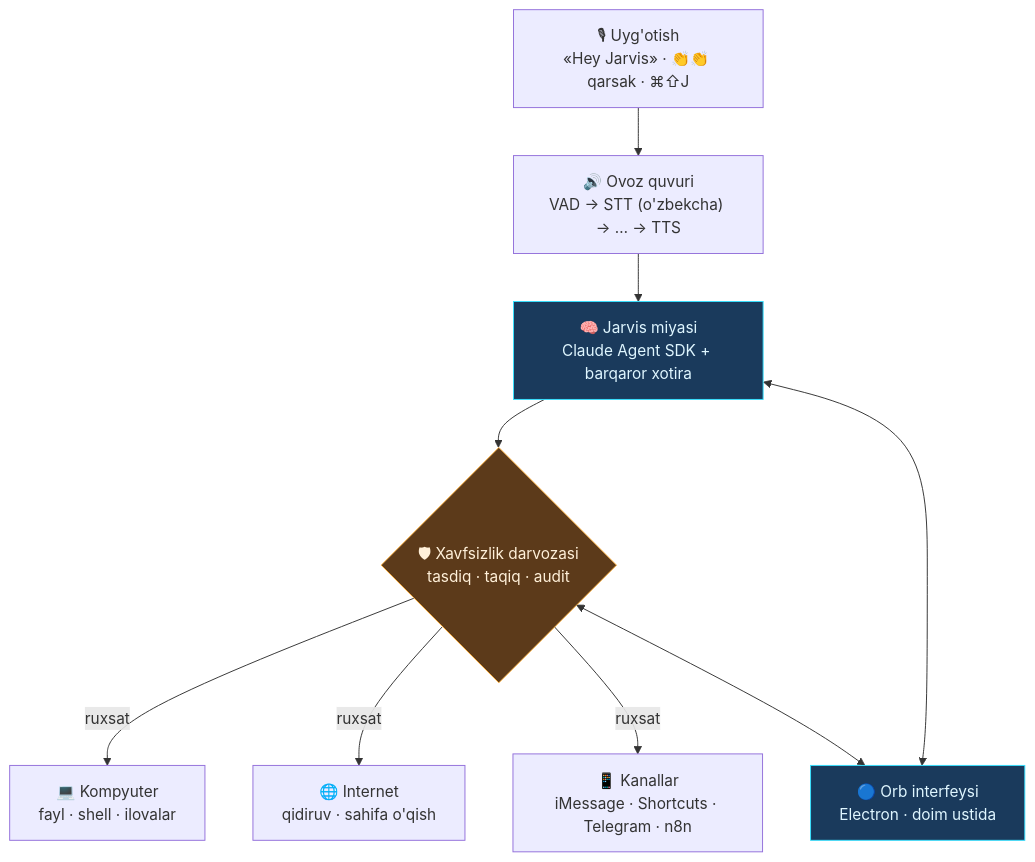
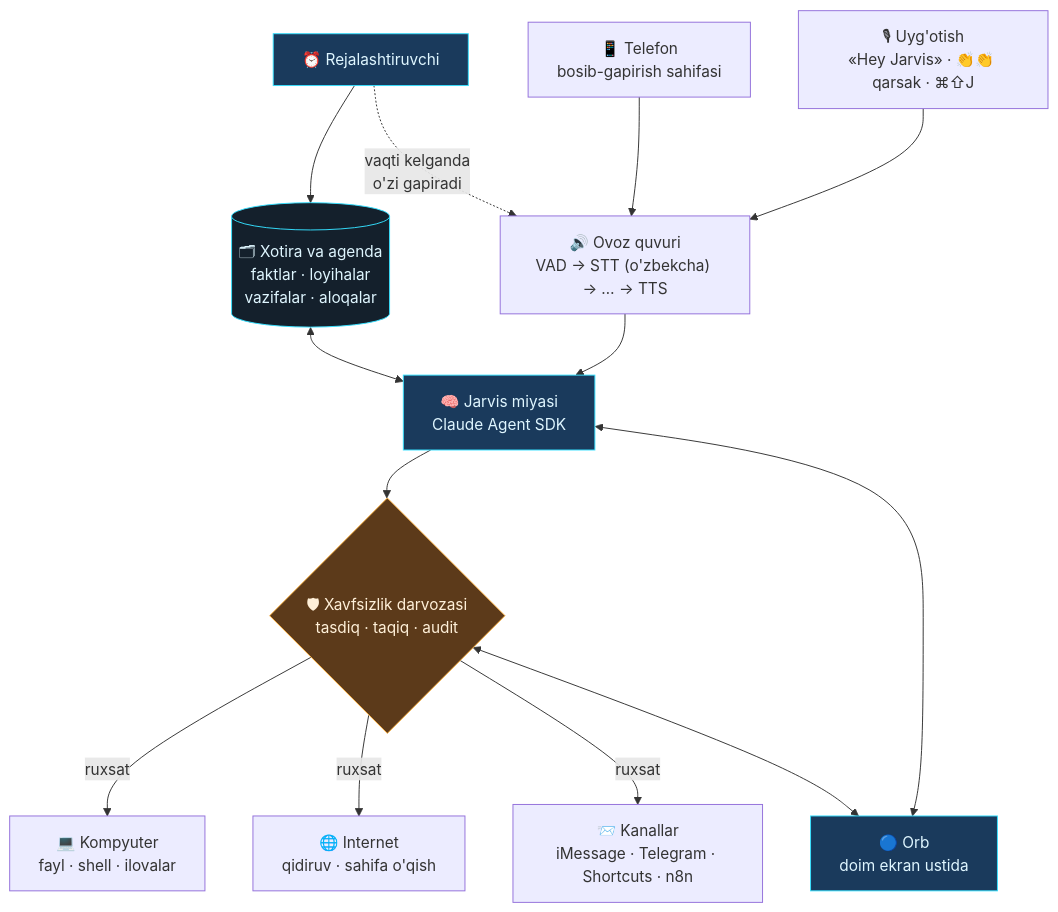
Before and after one commit to kamolbeek/jarvis-assistant: the diagram in README.md, drawn with Mermaid. The commit also changed other lines of this file and 11 other files, not shown here.

First line of the commit message:
Jarvis: to'liq yordamchi — agenda, proaktiv eslatmalar, telefon ko'prigi

````diff
--- a/README.md
+++ b/README.md
@@ -9,21 +9,28 @@
 ```mermaid
 flowchart TD
     A["🎙 Uyg'otish<br/>«Hey Jarvis» · 👏👏 qarsak · ⌘⇧J"] --> B
+    P["📱 Telefon<br/>bosib-gapirish sahifasi"] --> B
 
     B["🔊 Ovoz quvuri<br/>VAD → STT (o'zbekcha) → … → TTS"] --> C
 
-    C["🧠 Jarvis miyasi<br/>Claude Agent SDK + barqaror xotira"] --> D
+    C["🧠 Jarvis miyasi<br/>Claude Agent SDK"] --> D
 
     D{"🛡 Xavfsizlik darvozasi<br/>tasdiq · taqiq · audit"}
 
     D -->|ruxsat| E["💻 Kompyuter<br/>fayl · shell · ilovalar"]
     D -->|ruxsat| F["🌐 Internet<br/>qidiruv · sahifa o'qish"]
-    D -->|ruxsat| G["📱 Kanallar<br/>iMessage · Shortcuts · Telegram · n8n"]
+    D -->|ruxsat| G["📨 Kanallar<br/>iMessage · Telegram · Shortcuts · n8n"]
 
-    C <--> H["🔵 Orb interfeysi<br/>Electron · doim ustida"]
+    M[("🗂 Xotira va agenda<br/>faktlar · loyihalar<br/>vazifalar · aloqalar")] <--> C
+    S["⏰ Rejalashtiruvchi"] --> M
+    S -.->|"vaqti kelganda<br/>o'zi gapiradi"| B
+
+    C <--> H["🔵 Orb<br/>doim ekran ustida"]
     D <--> H
 
     style C fill:#1a3a5c,stroke:#35e0ff,color:#dff6ff
     style D fill:#5c3a1a,stroke:#ffb545,color:#fff0d9
     style H fill:#1a3a5c,stroke:#35e0ff,color:#dff6ff
+    style S fill:#1a3a5c,stroke:#35e0ff,color:#dff6ff
+    style M fill:#14202c,stroke:#35e0ff,color:#dff6ff
 ```
````
